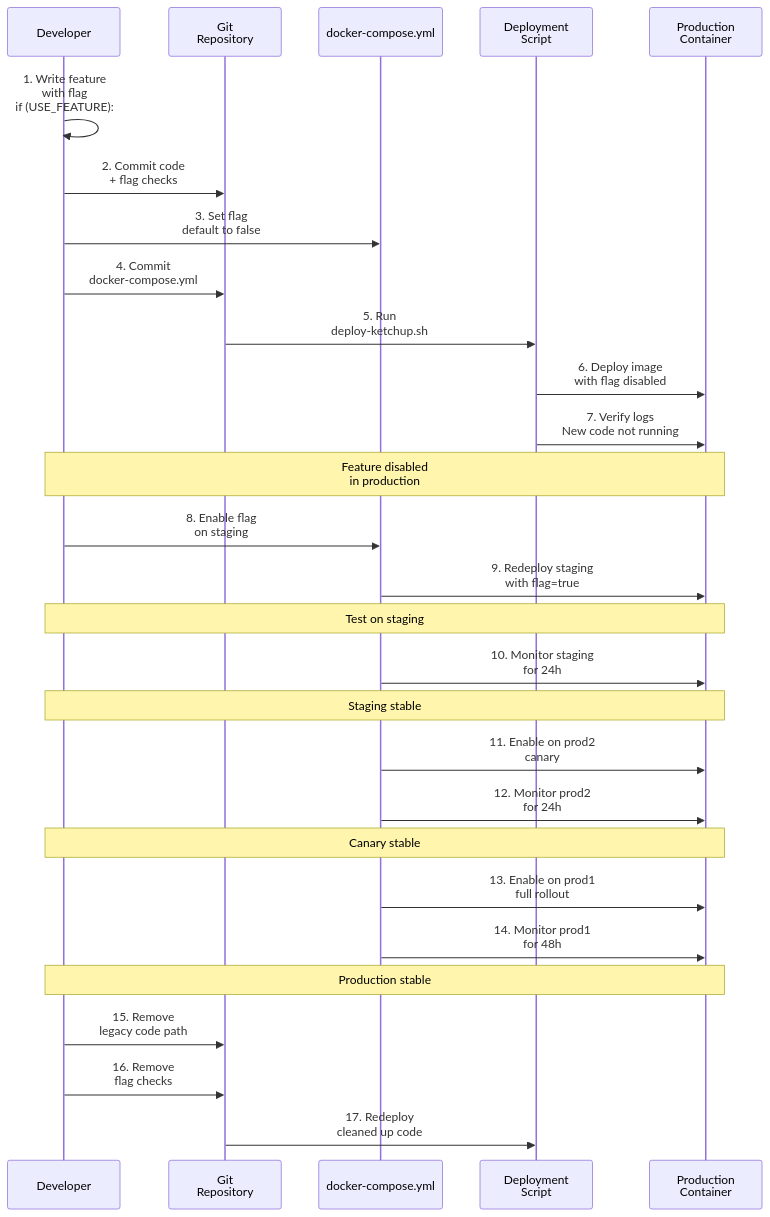
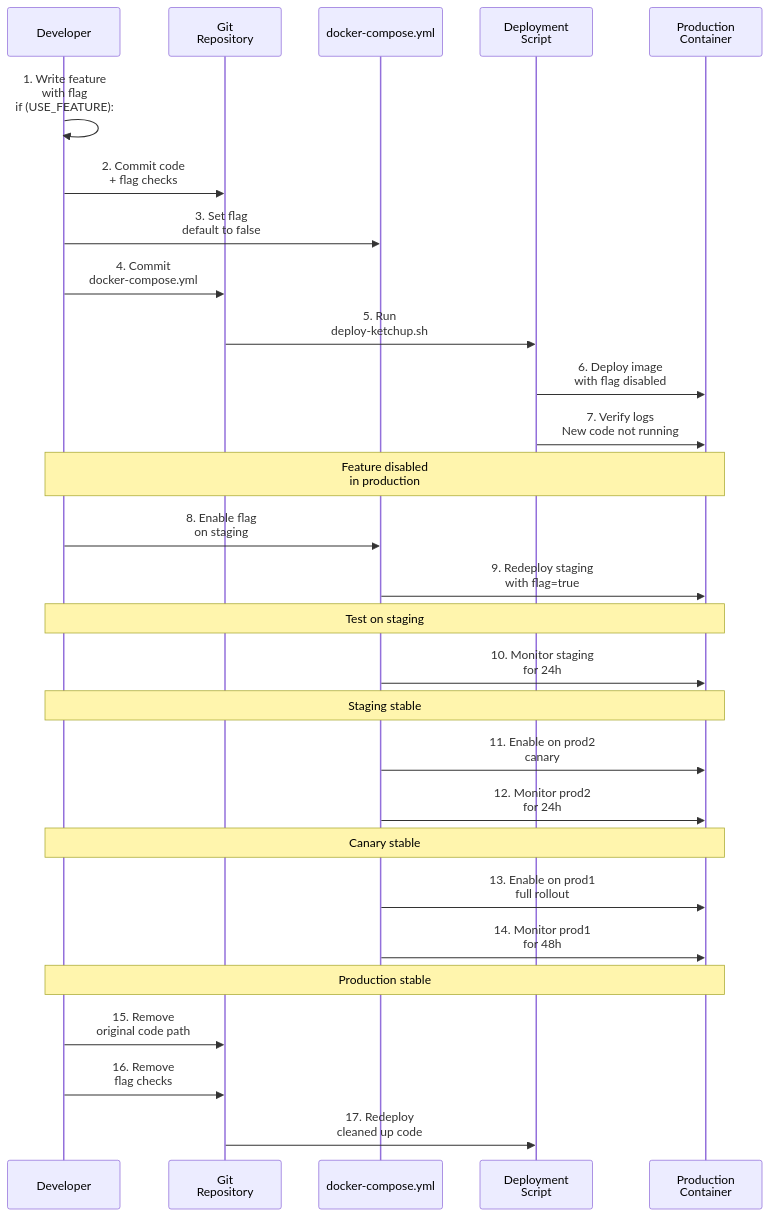
One commit to blueman82/mcp-exec changed the sixth of 6 diagrams in ketchup/docs/diagrams/8-feature-flags.md. Above: the diagram before and after it, drawn with Mermaid. The commit also changed other lines of this file and 2 other files, not shown here.

First line of the commit message:
docs: Remove legacy DI references from diagrams (#8)

````diff
--- a/ketchup/docs/diagrams/8-feature-flags.md
+++ b/ketchup/docs/diagrams/8-feature-flags.md
@@ -234,52 +234,52 @@
 ```mermaid
 sequenceDiagram
     participant Dev as Developer
     participant Git as Git<br/>Repository
     participant Compose as docker-compose.yml
     participant Deploy as Deployment<br/>Script
     participant Prod as Production<br/>Container
 
     Dev->>Dev: 1. Write feature<br/>with flag<br/>if (USE_FEATURE):
 
     Dev->>Git: 2. Commit code<br/>+ flag checks
 
     Dev->>Compose: 3. Set flag<br/>default to false
 
     Dev->>Git: 4. Commit<br/>docker-compose.yml
 
     Git->>Deploy: 5. Run<br/>deploy-ketchup.sh
 
     Deploy->>Prod: 6. Deploy image<br/>with flag disabled
 
     Deploy->>Prod: 7. Verify logs<br/>New code not running
 
     Note over Dev,Prod: Feature disabled<br/>in production
 
     Dev->>Compose: 8. Enable flag<br/>on staging
 
     Compose->>Prod: 9. Redeploy staging<br/>with flag=true
 
     Note over Dev,Prod: Test on staging
 
     Compose->>Prod: 10. Monitor staging<br/>for 24h
 
     Note over Dev,Prod: Staging stable
 
     Compose->>Prod: 11. Enable on prod2<br/>canary
 
     Compose->>Prod: 12. Monitor prod2<br/>for 24h
 
     Note over Dev,Prod: Canary stable
 
     Compose->>Prod: 13. Enable on prod1<br/>full rollout
 
     Compose->>Prod: 14. Monitor prod1<br/>for 48h
 
     Note over Dev,Prod: Production stable
 
-    Dev->>Git: 15. Remove<br/>legacy code path
+    Dev->>Git: 15. Remove<br/>original code path
 
     Dev->>Git: 16. Remove<br/>flag checks
 
     Git->>Deploy: 17. Redeploy<br/>cleaned up code
 ```
````
